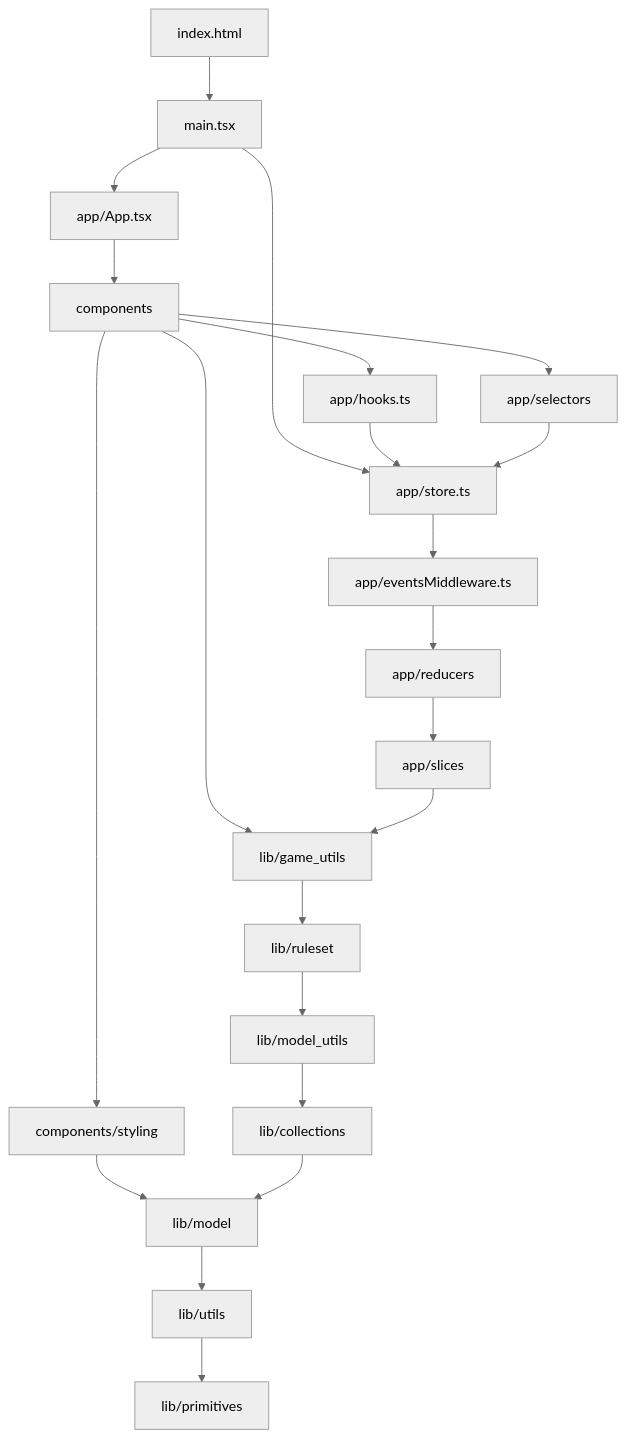
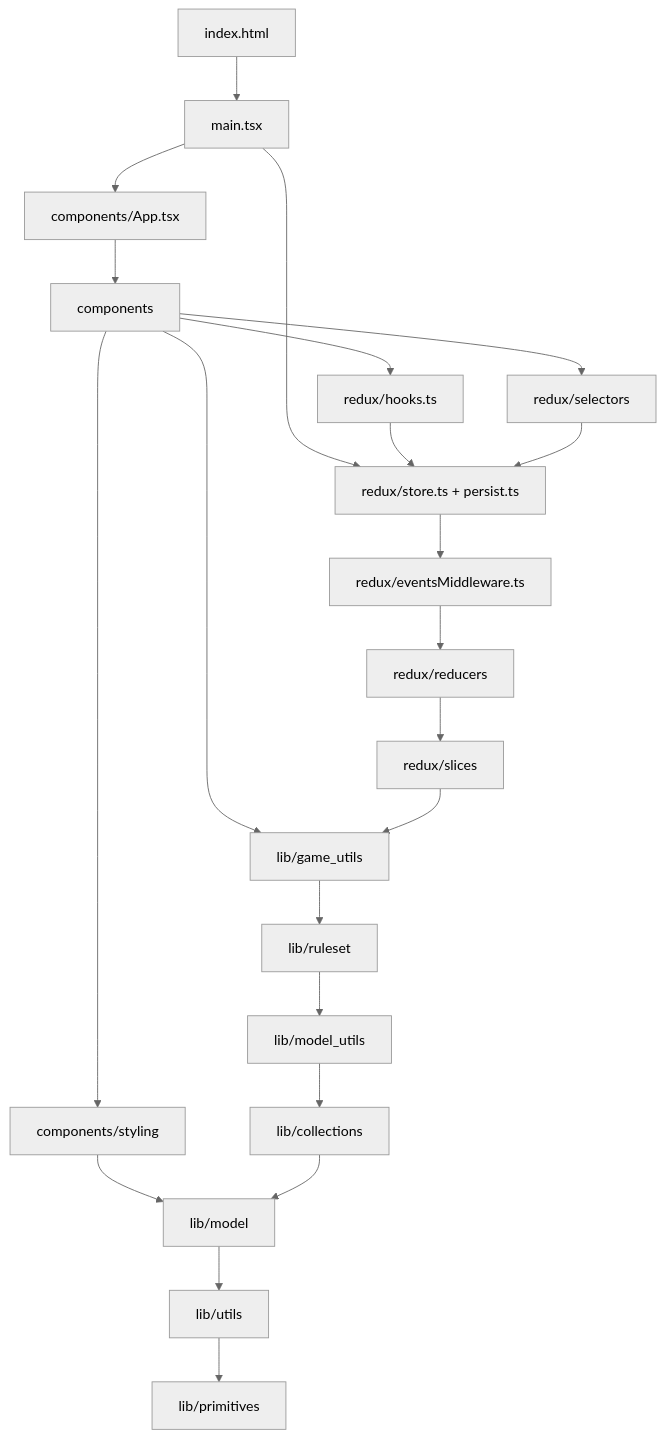
The diagram in docs/design/about_code_dependencies.md (konrad-jamrozik/game-ts), drawn with Mermaid (neutral theme) before and after one commit. The commit also changed other lines of this file and 3 other files, not shown here.

````diff
--- a/docs/design/about_code_dependencies.md
+++ b/docs/design/about_code_dependencies.md
@@ -43,24 +43,24 @@
 ```mermaid
 graph TD
     IndexH[index.html] --> MainTs[main.tsx]
-    MainTs --> AppApp[app/App.tsx]
-    MainTs --> AppStr[app/store.ts]
+    MainTs --> AppApp[components/App.tsx]
+    MainTs --> AppStr[redux/store.ts]
     AppApp --> Comp__[components]
-    AppStr --> AppEvt[app/eventsMiddleware.ts]
-    AppEvt --> AppRed[app/reducers]
-    Comp__ --> AppHook[app/hooks.ts]
-    Comp__ --> AppSel[app/selectors]
+    AppStr --> AppEvt[redux/eventsMiddleware.ts]
+    AppEvt --> AppRed[redux/reducers]
+    Comp__ --> AppHook[redux/hooks.ts]
+    Comp__ --> AppSel[redux/selectors]
     Comp__ --> CompSt[components/styling]
     Comp__ --> LibGam[lib/game_utils]
-    AppHook --> AppStr[app/store.ts]
-    AppSel --> AppStr[app/store.ts]
-    AppRed --> AppSli[app/slices]
+    AppHook --> AppStr[redux/store.ts + persist.ts]
+    AppSel --> AppStr
+    AppRed --> AppSli[redux/slices]
     AppSli --> LibGam
     CompSt --> LibMod[lib/model]
     LibGam --> LibRul[lib/ruleset]
     LibRul --> LibMUt[lib/model_utils]
     LibMUt --> LibCol[lib/collections]
     LibCol --> LibMod[lib/model]
     LibMod --> LibUti[lib/utils]
     LibUti --> LibPri[lib/primitives]
 ```
````
